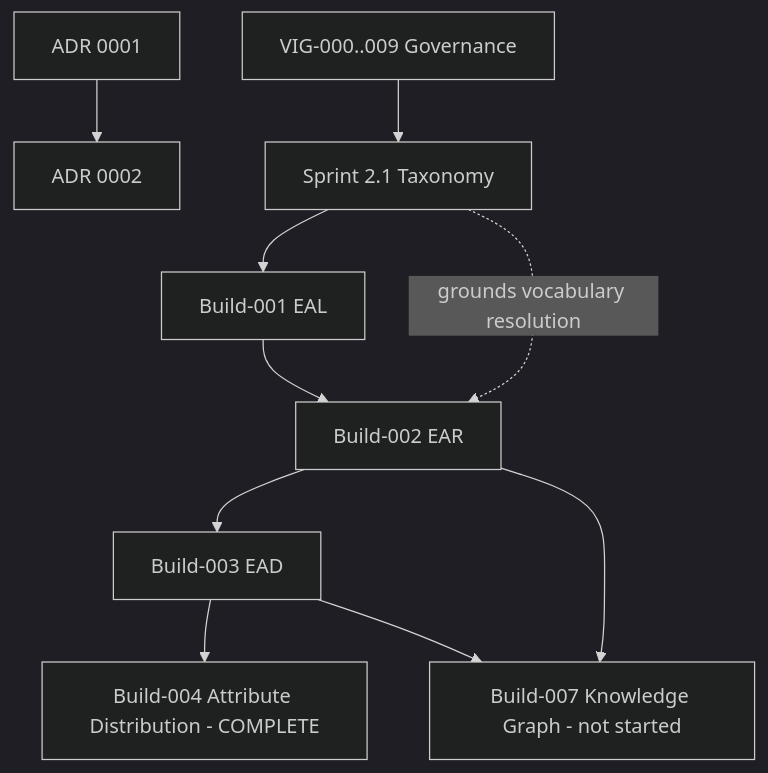
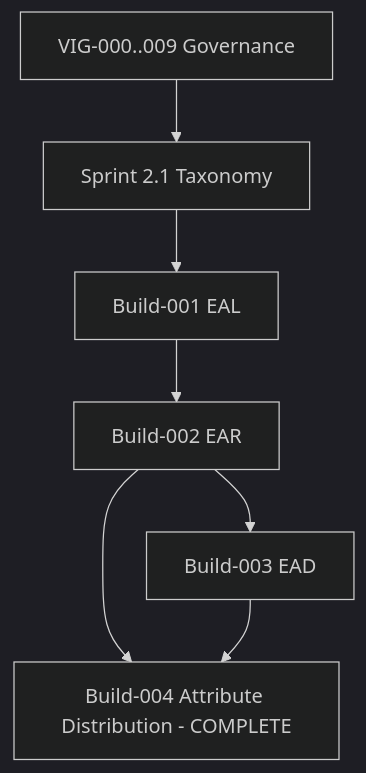
One commit to lexvoraconsulting-lab/The-Baking-Kaur changed the second of 2 diagrams in docs/00_Foundation/FOUNDATION_v1.md. Above: the diagram before and after it, drawn with Mermaid (dark theme). The commit also changed other lines of this file and 2 other files, not shown here.

First line of the commit message:
docs(governance): add VIG-010 Execution Protocol; fix stale dependency graph

````diff
--- a/docs/00_Foundation/FOUNDATION_v1.md
+++ b/docs/00_Foundation/FOUNDATION_v1.md
@@ -237,12 +237,9 @@
 ```mermaid
 graph TD
-    ADR0001[ADR 0001] --> ADR0002[ADR 0002]
     VIG[VIG-000..009 Governance] --> Sprint21[Sprint 2.1 Taxonomy]
     Sprint21 --> Build001[Build-001 EAL]
     Build001 --> Build002[Build-002 EAR]
     Build002 --> Build003[Build-003 EAD]
-    Sprint21 -.grounds vocabulary resolution.-> Build002
-    Build003 --> Build004[Build-004 Attribute Distribution - COMPLETE]
-    Build002 --> Build007[Build-007 Knowledge Graph - not started]
-    Build003 --> Build007
+    Build002 --> Build004[Build-004 Attribute Distribution - COMPLETE]
+    Build003 --> Build004
 ```
````
